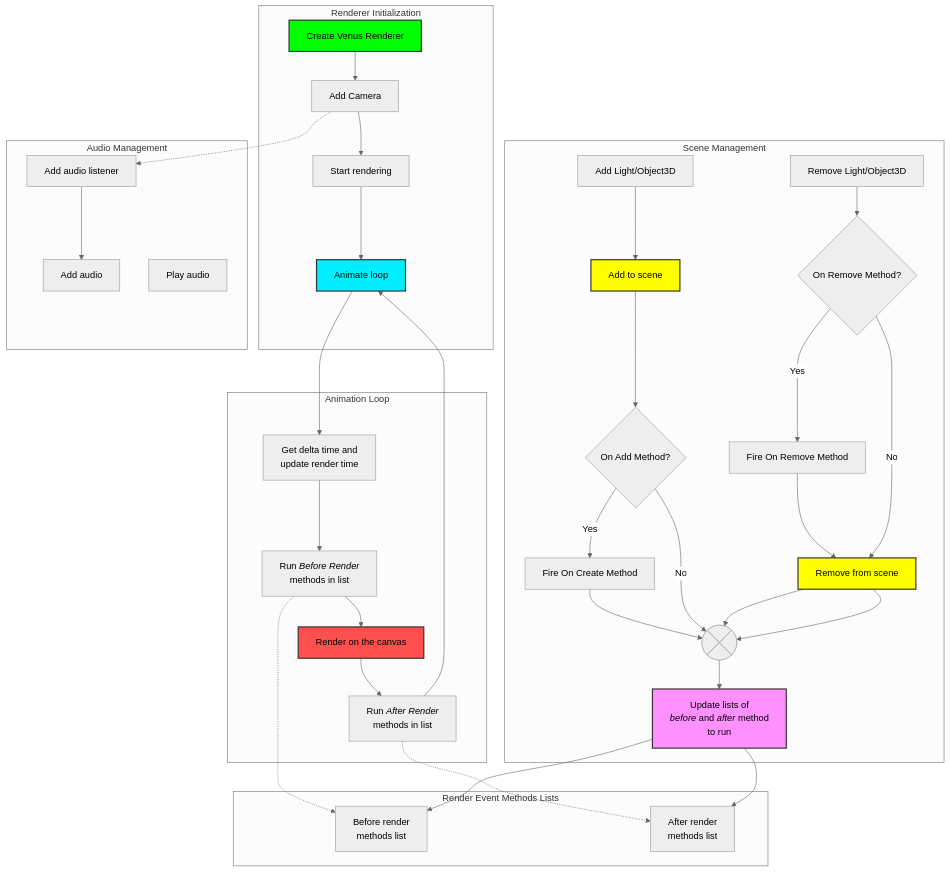
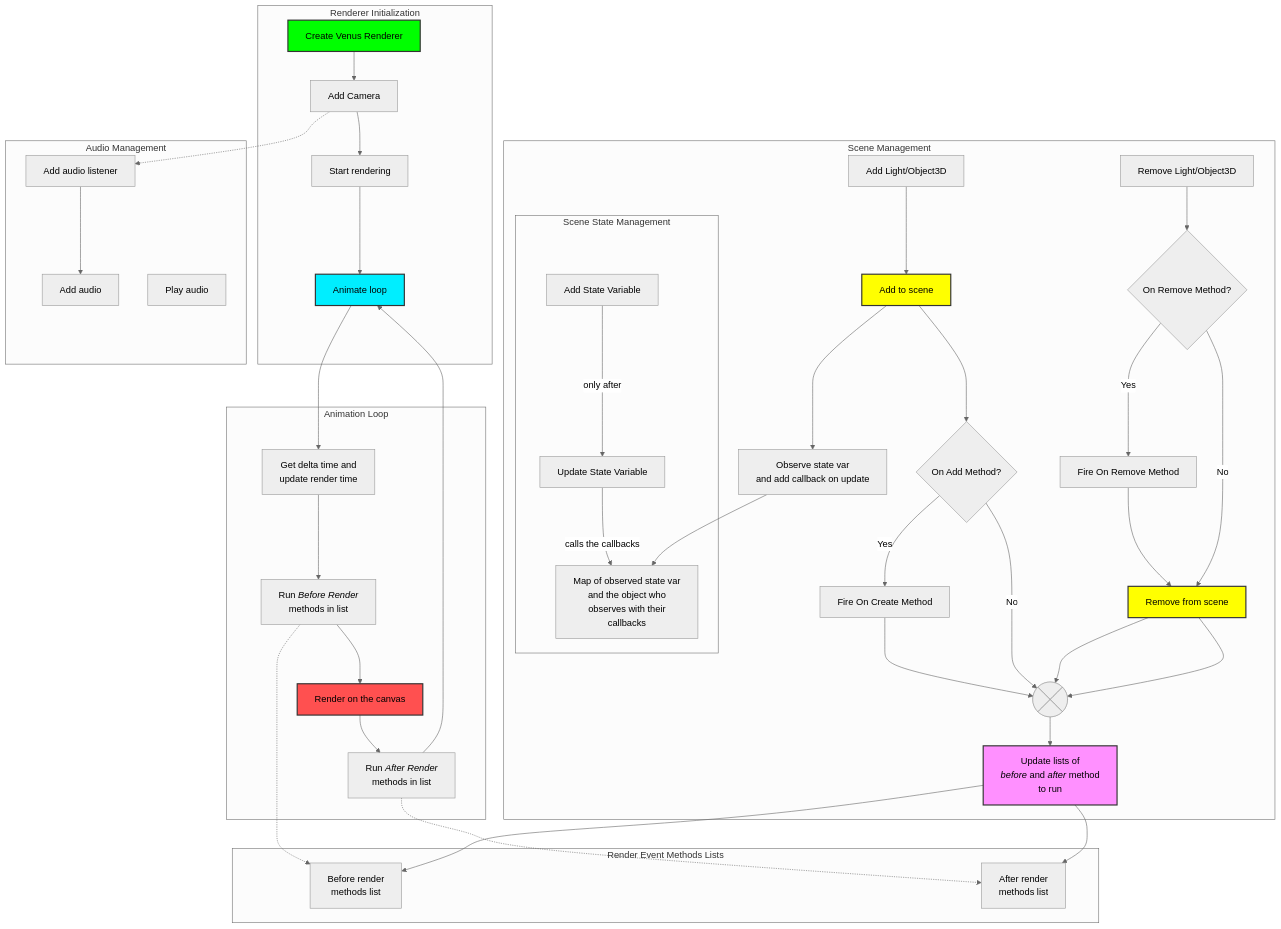
Before and after one commit to Dexaf/venus: the diagram in README.md, drawn with Mermaid (neutral theme).

Commit message:
DOC: updated readme schema

```diff
--- a/README.md
+++ b/README.md
@@ -13,8 +13,19 @@
 
   %% Scene Management
   subgraph Scene Management
+    %% Scene State Management
+    subgraph Scene State Management
+      AddStateVar[Add State Variable]
+      UpdateStateVar[Update State Variable]
+      UpdateStateVar[Update State Variable]
+      StateObserverMap[Map of observed state var <br/>and the object who <br/> observes with their <br/>callbacks]
+      AddStateVar -- only after --> UpdateStateVar
+      UpdateStateVar -- calls the callbacks --> StateObserverMap
+    end
+
     AddEntity[Add Light/Object3D]
     AddToScene[Add to scene]
+    AddObservCallback[Observe state var <br/>and add callback on update]
     HasOnAddMethod{On Add Method?}
     TriggerOnAdd[Fire On Create Method]
     RemoveEntity[Remove Light/Object3D]
@@ -25,6 +36,7 @@
     Summary@{ shape: cross-circ, label: "Summary" }
 
     AddEntity --> AddToScene --> HasOnAddMethod
+    AddToScene --> AddObservCallback --> StateObserverMap
     HasOnAddMethod -- Yes --> TriggerOnAdd --> Summary
     HasOnAddMethod -- No --> Summary
 
```
